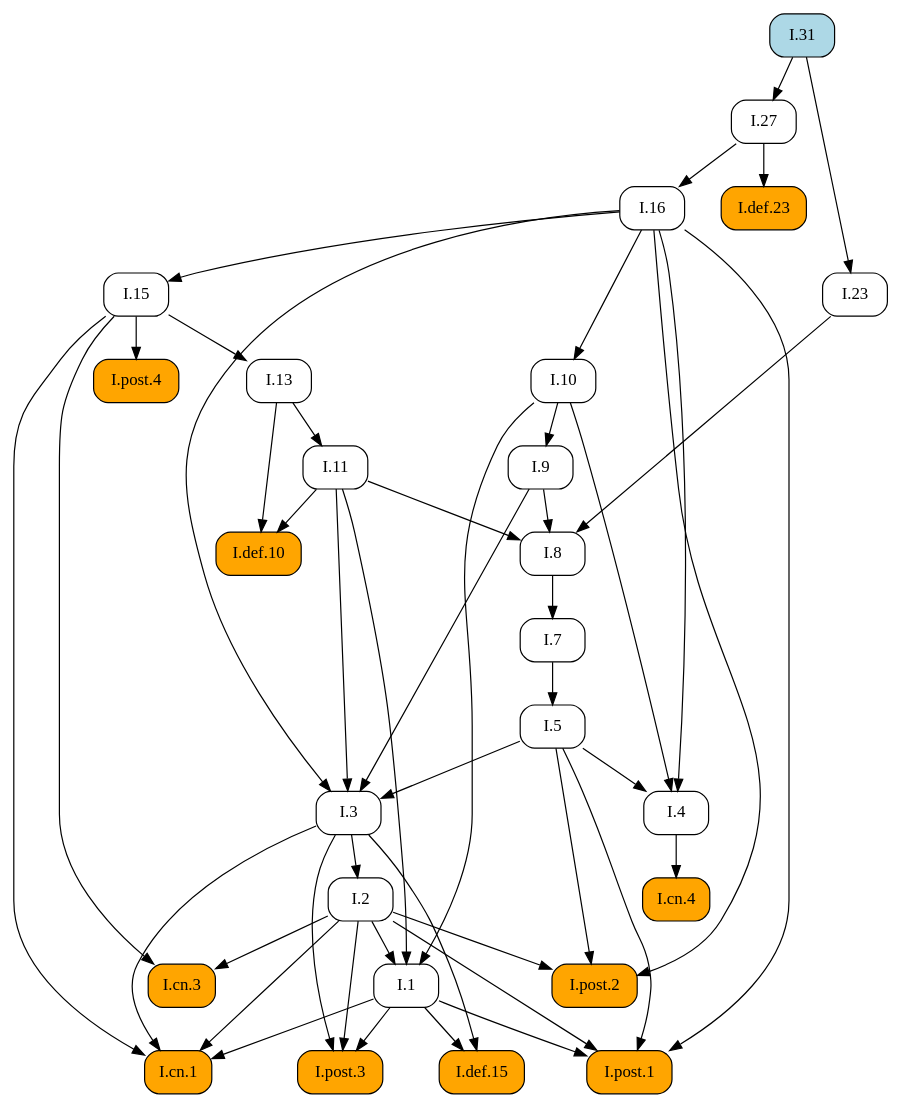
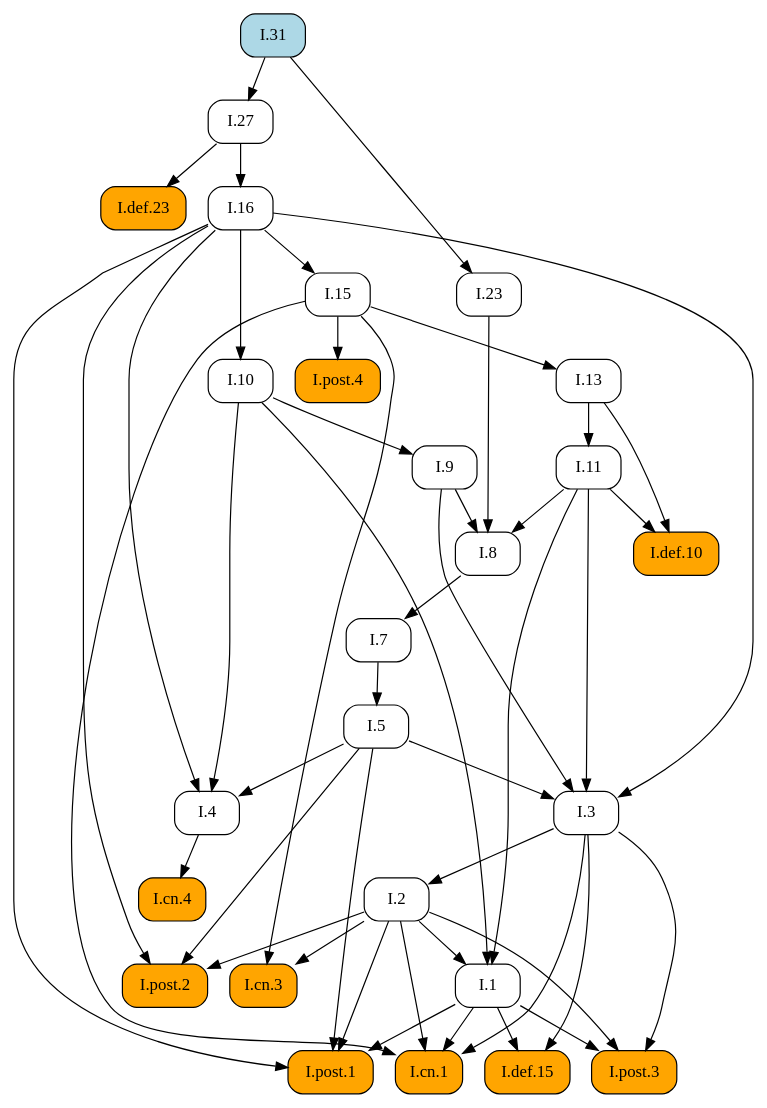
Before and after one commit to geometor/elements: the diagram in docsrc/heath/I/31/index.rst, drawn with Graphviz. The commit also changed other lines of this file and 1029 other files, not shown here.

```diff
--- a/docsrc/heath/I/31/index.rst
+++ b/docsrc/heath/I/31/index.rst
@@ -37,79 +37,79 @@
 .. graphviz::
 
    digraph {
      rankdir="TB";
      node [shape=box, style=rounded];
+     "I.def.10" [style="rounded,filled", fillcolor=orange, URL="/heath/I/def.10/", target="_top"];
+     "I.11" [URL="/heath/I/11/", target="_top"];
+     "I.post.4" [style="rounded,filled", fillcolor=orange, URL="/heath/I/post.4/", target="_top"];
+     "I.1" [URL="/heath/I/1/", target="_top"];
+     "I.27" [URL="/heath/I/27/", target="_top"];
+     "I.7" [URL="/heath/I/7/", target="_top"];
+     "I.3" [URL="/heath/I/3/", target="_top"];
+     "I.2" [URL="/heath/I/2/", target="_top"];
+     "I.def.23" [style="rounded,filled", fillcolor=orange, URL="/heath/I/def.23/", target="_top"];
+     "I.4" [URL="/heath/I/4/", target="_top"];
      "I.13" [URL="/heath/I/13/", target="_top"];
+     "I.post.2" [style="rounded,filled", fillcolor=orange, URL="/heath/I/post.2/", target="_top"];
+     "I.31" [style="rounded,filled", fillcolor=lightblue, URL="/heath/I/31/", target="_top"];
+     "I.16" [URL="/heath/I/16/", target="_top"];
+     "I.def.15" [style="rounded,filled", fillcolor=orange, URL="/heath/I/def.15/", target="_top"];
+     "I.9" [URL="/heath/I/9/", target="_top"];
+     "I.post.3" [style="rounded,filled", fillcolor=orange, URL="/heath/I/post.3/", target="_top"];
+     "I.cn.1" [style="rounded,filled", fillcolor=orange, URL="/heath/I/cn.1/", target="_top"];
      "I.cn.3" [style="rounded,filled", fillcolor=orange, URL="/heath/I/cn.3/", target="_top"];
+     "I.8" [URL="/heath/I/8/", target="_top"];
+     "I.cn.4" [style="rounded,filled", fillcolor=orange, URL="/heath/I/cn.4/", target="_top"];
+     "I.23" [URL="/heath/I/23/", target="_top"];
+     "I.15" [URL="/heath/I/15/", target="_top"];
+     "I.post.1" [style="rounded,filled", fillcolor=orange, URL="/heath/I/post.1/", target="_top"];
+     "I.10" [URL="/heath/I/10/", target="_top"];
      "I.5" [URL="/heath/I/5/", target="_top"];
-     "I.11" [URL="/heath/I/11/", target="_top"];
-     "I.7" [URL="/heath/I/7/", target="_top"];
-     "I.10" [URL="/heath/I/10/", target="_top"];
-     "I.4" [URL="/heath/I/4/", target="_top"];
-     "I.27" [URL="/heath/I/27/", target="_top"];
-     "I.def.23" [style="rounded,filled", fillcolor=orange, URL="/heath/I/def.23/", target="_top"];
-     "I.3" [URL="/heath/I/3/", target="_top"];
-     "I.16" [URL="/heath/I/16/", target="_top"];
-     "I.31" [style="rounded,filled", fillcolor=lightblue, URL="/heath/I/31/", target="_top"];
-     "I.8" [URL="/heath/I/8/", target="_top"];
-     "I.9" [URL="/heath/I/9/", target="_top"];
-     "I.def.10" [style="rounded,filled", fillcolor=orange, URL="/heath/I/def.10/", target="_top"];
-     "I.post.4" [style="rounded,filled", fillcolor=orange, URL="/heath/I/post.4/", target="_top"];
-     "I.post.2" [style="rounded,filled", fillcolor=orange, URL="/heath/I/post.2/", target="_top"];
-     "I.2" [URL="/heath/I/2/", target="_top"];
-     "I.def.15" [style="rounded,filled", fillcolor=orange, URL="/heath/I/def.15/", target="_top"];
-     "I.1" [URL="/heath/I/1/", target="_top"];
-     "I.post.3" [style="rounded,filled", fillcolor=orange, URL="/heath/I/post.3/", target="_top"];
-     "I.post.1" [style="rounded,filled", fillcolor=orange, URL="/heath/I/post.1/", target="_top"];
-     "I.cn.4" [style="rounded,filled", fillcolor=orange, URL="/heath/I/cn.4/", target="_top"];
-     "I.15" [URL="/heath/I/15/", target="_top"];
-     "I.cn.1" [style="rounded,filled", fillcolor=orange, URL="/heath/I/cn.1/", target="_top"];
-     "I.23" [URL="/heath/I/23/", target="_top"];
-     "I.15" -> "I.13";
-     "I.2" -> "I.cn.3";
-     "I.15" -> "I.cn.3";
-     "I.7" -> "I.5";
+     "I.11" -> "I.def.10";
+     "I.13" -> "I.def.10";
      "I.13" -> "I.11";
+     "I.15" -> "I.post.4";
+     "I.2" -> "I.1";
+     "I.10" -> "I.1";
+     "I.11" -> "I.1";
+     "I.31" -> "I.27";
      "I.8" -> "I.7";
-     "I.16" -> "I.10";
-     "I.5" -> "I.4";
-     "I.10" -> "I.4";
-     "I.16" -> "I.4";
-     "I.31" -> "I.27";
-     "I.27" -> "I.def.23";
      "I.5" -> "I.3";
      "I.9" -> "I.3";
      "I.11" -> "I.3";
      "I.16" -> "I.3";
+     "I.3" -> "I.2";
+     "I.27" -> "I.def.23";
+     "I.5" -> "I.4";
+     "I.10" -> "I.4";
+     "I.16" -> "I.4";
+     "I.15" -> "I.13";
+     "I.2" -> "I.post.2";
+     "I.5" -> "I.post.2";
+     "I.16" -> "I.post.2";
      "I.27" -> "I.16";
+     "I.1" -> "I.def.15";
+     "I.3" -> "I.def.15";
+     "I.10" -> "I.9";
+     "I.1" -> "I.post.3";
+     "I.2" -> "I.post.3";
+     "I.3" -> "I.post.3";
+     "I.1" -> "I.cn.1";
+     "I.2" -> "I.cn.1";
+     "I.3" -> "I.cn.1";
+     "I.15" -> "I.cn.1";
+     "I.2" -> "I.cn.3";
+     "I.15" -> "I.cn.3";
      "I.9" -> "I.8";
      "I.11" -> "I.8";
      "I.23" -> "I.8";
-     "I.10" -> "I.9";
-     "I.11" -> "I.def.10";
-     "I.13" -> "I.def.10";
-     "I.15" -> "I.post.4";
-     "I.2" -> "I.post.2";
-     "I.5" -> "I.post.2";
-     "I.16" -> "I.post.2";
-     "I.3" -> "I.2";
-     "I.1" -> "I.def.15";
-     "I.3" -> "I.def.15";
-     "I.2" -> "I.1";
-     "I.10" -> "I.1";
-     "I.11" -> "I.1";
-     "I.1" -> "I.post.3";
-     "I.2" -> "I.post.3";
-     "I.3" -> "I.post.3";
+     "I.4" -> "I.cn.4";
+     "I.31" -> "I.23";
+     "I.16" -> "I.15";
      "I.1" -> "I.post.1";
      "I.2" -> "I.post.1";
      "I.5" -> "I.post.1";
      "I.16" -> "I.post.1";
-     "I.4" -> "I.cn.4";
-     "I.16" -> "I.15";
-     "I.1" -> "I.cn.1";
-     "I.2" -> "I.cn.1";
-     "I.3" -> "I.cn.1";
-     "I.15" -> "I.cn.1";
-     "I.31" -> "I.23";
+     "I.16" -> "I.10";
+     "I.7" -> "I.5";
    }
```
